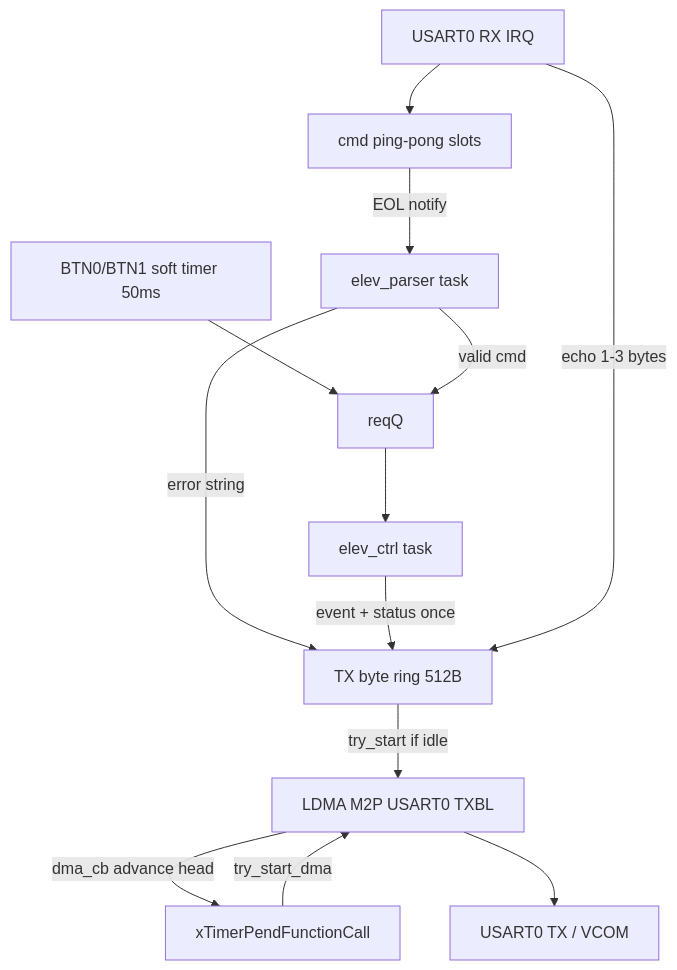
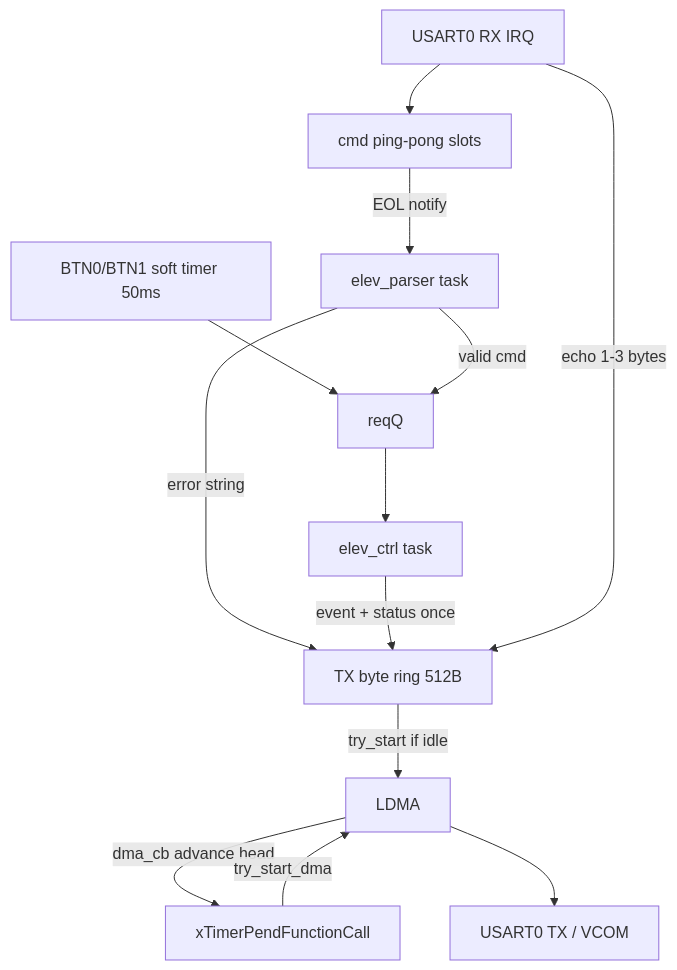
Before and after one commit to tarang321/Elevator_control_hackathon: the first of 3 diagrams in docs/ARCHITECTURE.md, drawn with Mermaid.

````diff
--- a/docs/ARCHITECTURE.md
+++ b/docs/ARCHITECTURE.md
@@ -9,15 +9,15 @@
 ```mermaid
 flowchart TB
   BTN[BTN0/BTN1 soft timer 50ms] --> ReqQ[reqQ]
   RX[USART0 RX IRQ] --> PingPong[cmd ping-pong slots]
   PingPong -->|EOL notify| Parser[elev_parser task]
   Parser -->|valid cmd| ReqQ
   Parser -->|error string| Ring
   ReqQ --> Ctrl[elev_ctrl task]
   Ctrl -->|event + status once| Ring[TX byte ring 512B]
   RX -->|echo 1-3 bytes| Ring
-  Ring -->|try_start if idle| LDMA[LDMA M2P USART0 TXBL]
+  Ring -->|try_start if idle| LDMA
   LDMA -->|dma_cb advance head| Pend[xTimerPendFunctionCall]
   Pend -->|try_start_dma| LDMA
   LDMA --> USART0[USART0 TX / VCOM]
 ```
````
